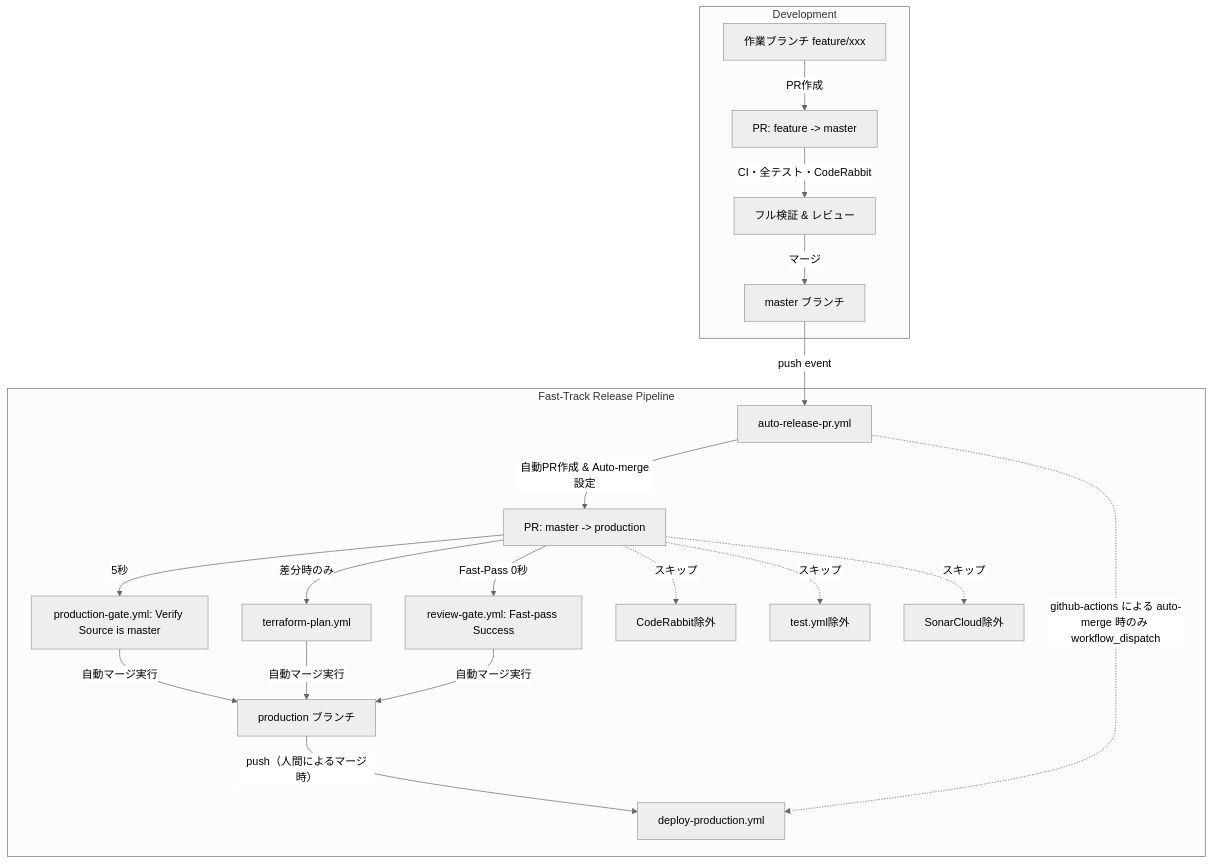
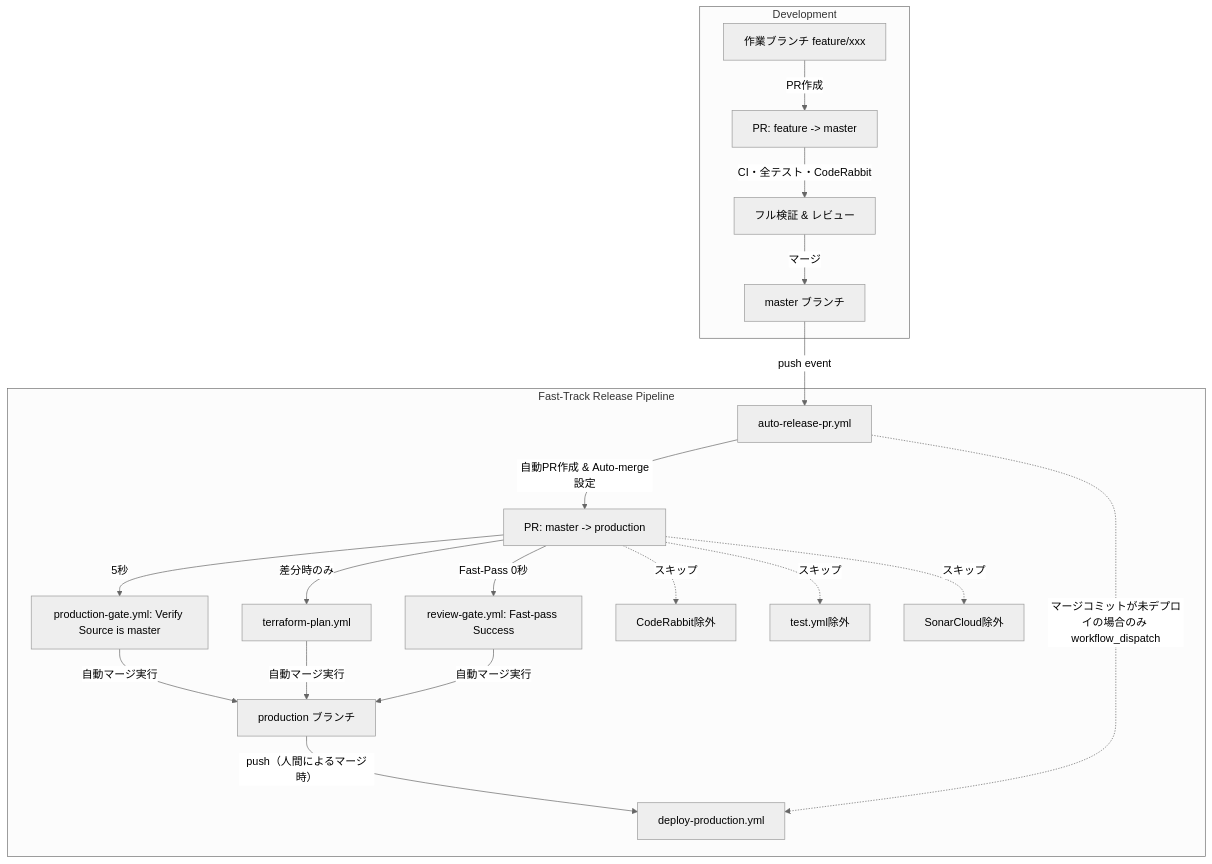
Before and after one commit to AnaharaYasuo/realestate_crawler: the diagram in docs/basic_design/prod_merge_ci_speedup.md, drawn with Mermaid (neutral theme). The commit also changed other lines of this file and 5 other files, not shown here.

````diff
--- a/docs/basic_design/prod_merge_ci_speedup.md
+++ b/docs/basic_design/prod_merge_ci_speedup.md
@@ -9,22 +9,22 @@
 ```mermaid
 flowchart TD
     subgraph Development
         FeatureBranch[作業ブランチ feature/xxx] -->|PR作成| MasterPR[PR: feature -> master]
         MasterPR -->|CI・全テスト・CodeRabbit| MasterReview[フル検証 & レビュー]
         MasterReview -->|マージ| Master[master ブランチ]
     end
 
     subgraph Fast-Track Release Pipeline
         Master -->|push event| AutoRelease[auto-release-pr.yml]
         AutoRelease -->|自動PR作成 & Auto-merge設定| ProdPR[PR: master -> production]
         ProdPR -->|5秒| ProdGate[production-gate.yml: Verify Source is master]
         ProdPR -->|差分時のみ| TFPlan[terraform-plan.yml]
         ProdPR -->|Fast-Pass 0秒| ReviewGate[review-gate.yml: Fast-pass Success]
         ProdPR -.->|スキップ| NoCodeRabbit[CodeRabbit除外]
         ProdPR -.->|スキップ| NoDuplicateTests[test.yml除外]
         ProdPR -.->|スキップ| NoSonar[SonarCloud除外]
         ProdGate & TFPlan & ReviewGate -->|自動マージ実行| ProdBranch[production ブランチ]
         ProdBranch -->|push（人間によるマージ時）| DeployProd[deploy-production.yml]
-        AutoRelease -.->|github-actions による auto-merge 時のみ workflow_dispatch| DeployProd
+        AutoRelease -.->|マージコミットが未デプロイの場合のみ workflow_dispatch| DeployProd
     end
 ```
````
